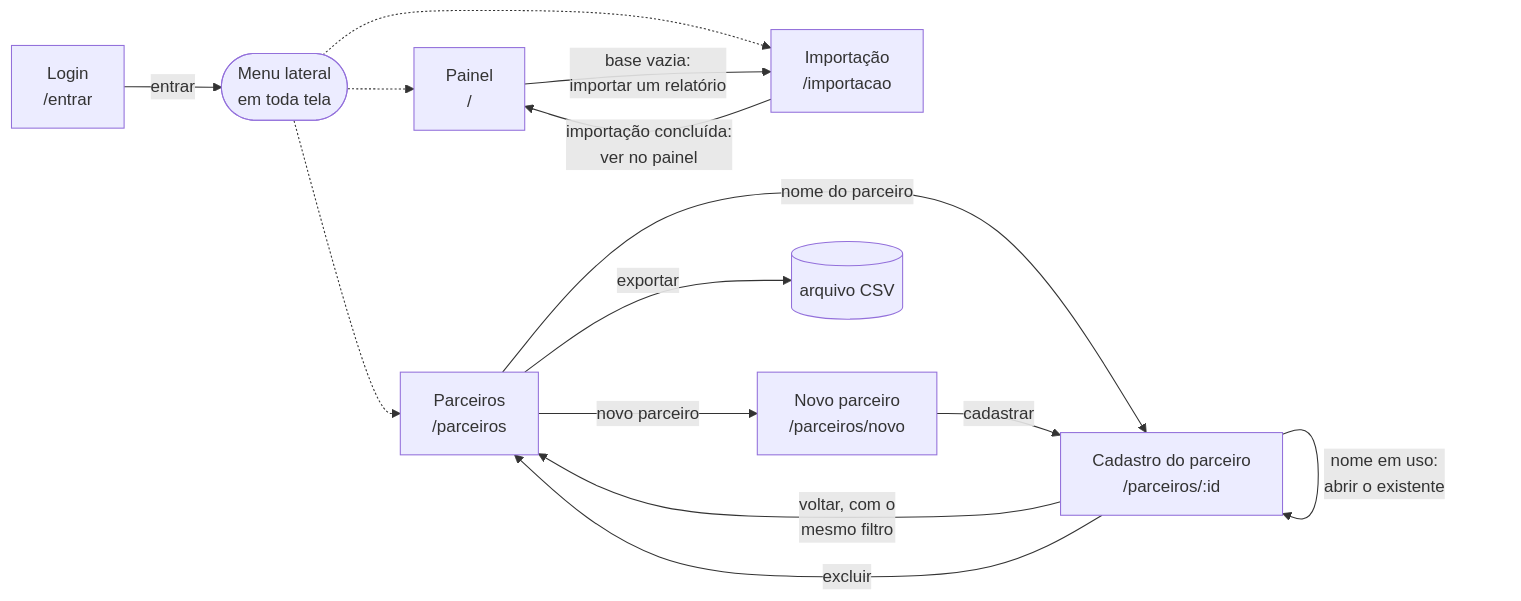
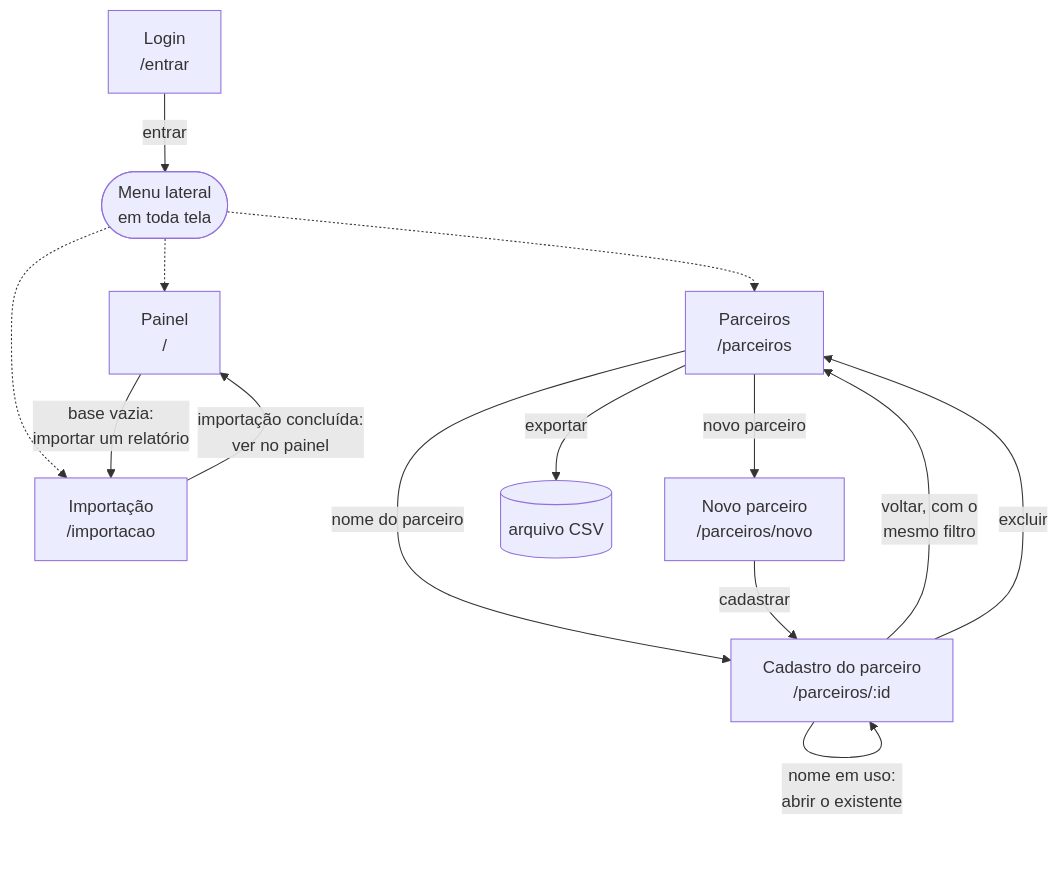
The diagram in docs/09-sistema-visual.md (PedroMiranda243/gih-fabrica-de-software), drawn with Mermaid before and after one commit. The commit also changed 2 other files, not shown here.

Commit message:
docs: o mapa de navegação desenhado de cima para baixo
Da esquerda para a direita ele saía largo, e na largura da página o texto
ficava miúdo — visto no PDF. De cima para baixo o desenho fica quase
quadrado, e as letras saem cerca de duas vezes e meia maiores.

````diff
--- a/docs/09-sistema-visual.md
+++ b/docs/09-sistema-visual.md
@@ -193,25 +193,25 @@
 ```mermaid
-flowchart LR
+flowchart TD
     Login["Login<br/>/entrar"]
     Painel["Painel<br/>/"]
     Importacao["Importação<br/>/importacao"]
     Parceiros["Parceiros<br/>/parceiros"]
     Novo["Novo parceiro<br/>/parceiros/novo"]
     Cadastro["Cadastro do parceiro<br/>/parceiros/:id"]
     CSV[("arquivo CSV")]
     Menu(["Menu lateral<br/>em toda tela"])
 
     Login -- "entrar" --> Menu
     Menu -.-> Painel
     Menu -.-> Importacao
     Menu -.-> Parceiros
     Painel -- "base vazia:<br/>importar um relatório" --> Importacao
     Importacao -- "importação concluída:<br/>ver no painel" --> Painel
     Parceiros -- "nome do parceiro" --> Cadastro
     Parceiros -- "novo parceiro" --> Novo
     Parceiros -- "exportar" --> CSV
     Novo -- "cadastrar" --> Cadastro
     Cadastro -- "nome em uso:<br/>abrir o existente" --> Cadastro
     Cadastro -- "voltar, com o<br/>mesmo filtro" --> Parceiros
     Cadastro -- "excluir" --> Parceiros
 ```
````
